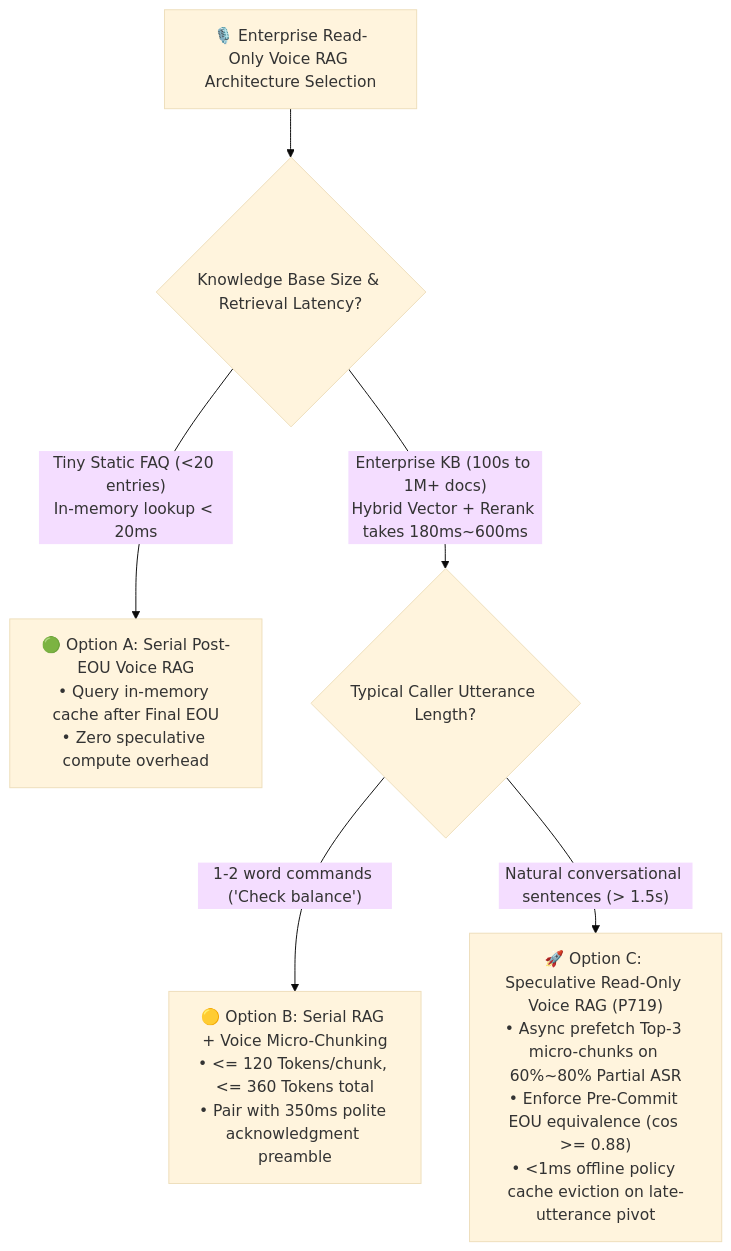
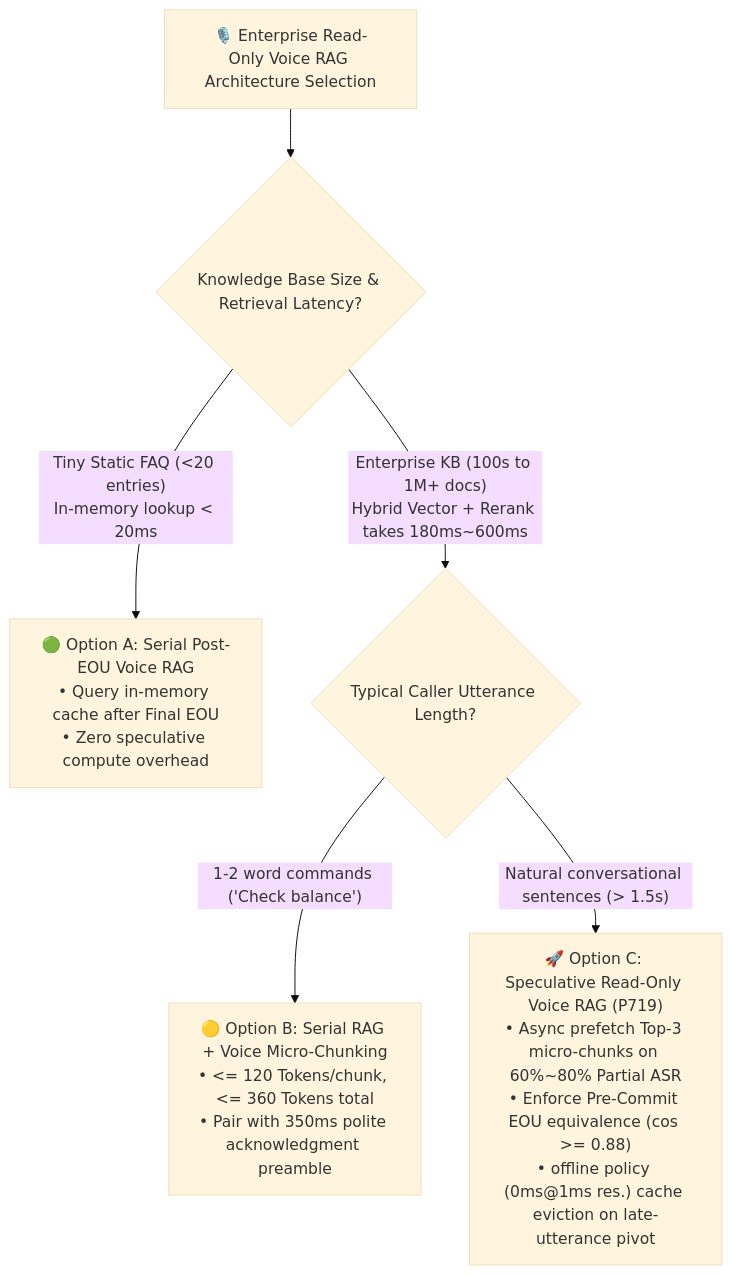
One commit to turbo998/turbo998.github.io changed the first of 3 diagrams in voice/speculative-voice-rag-faq.en.md. Above: the diagram before and after it, drawn with Mermaid (base theme). The commit also changed other lines of this file and 43 other files, not shown here.

````diff
--- a/voice/speculative-voice-rag-faq.en.md
+++ b/voice/speculative-voice-rag-faq.en.md
@@ -59,10 +59,10 @@
 ```mermaid
 flowchart TD
     Start["🎙️ Enterprise Read-Only Voice RAG Architecture Selection"] --> Q1{"Knowledge Base Size & Retrieval Latency?"}
 
     Q1 -- "Tiny Static FAQ (<20 entries)\nIn-memory lookup < 20ms" --> SerialRAG["🟢 Option A: Serial Post-EOU Voice RAG\n• Query in-memory cache after Final EOU\n• Zero speculative compute overhead"]
     Q1 -- "Enterprise KB (100s to 1M+ docs)\nHybrid Vector + Rerank takes 180ms~600ms" --> Q2{"Typical Caller Utterance Length?"}
 
     Q2 -- "1-2 word commands ('Check balance')" --> SerialMicro["🟡 Option B: Serial RAG + Voice Micro-Chunking\n• <= 120 Tokens/chunk, <= 360 Tokens total\n• Pair with 350ms polite acknowledgment preamble"]
-    Q2 -- "Natural conversational sentences (> 1.5s)" --> SpecRAG["🚀 Option C: Speculative Read-Only Voice RAG (P719)\n• Async prefetch Top-3 micro-chunks on 60%~80% Partial ASR\n• Enforce Pre-Commit EOU equivalence (cos >= 0.88)\n• <1ms offline policy cache eviction on late-utterance pivot"]
+    Q2 -- "Natural conversational sentences (> 1.5s)" --> SpecRAG["🚀 Option C: Speculative Read-Only Voice RAG (P719)\n• Async prefetch Top-3 micro-chunks on 60%~80% Partial ASR\n• Enforce Pre-Commit EOU equivalence (cos >= 0.88)\n• offline policy (0ms@1ms res.) cache eviction on late-utterance pivot"]
 ```
````
